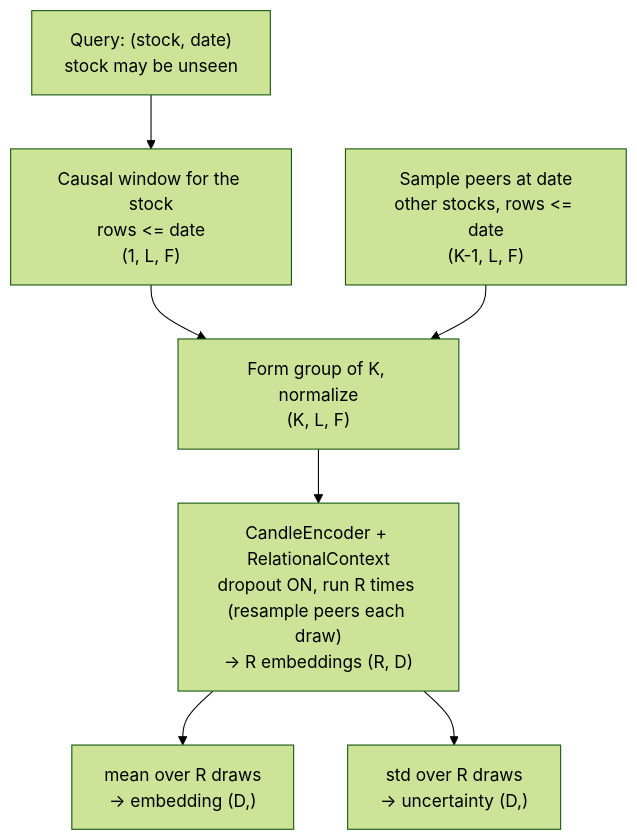
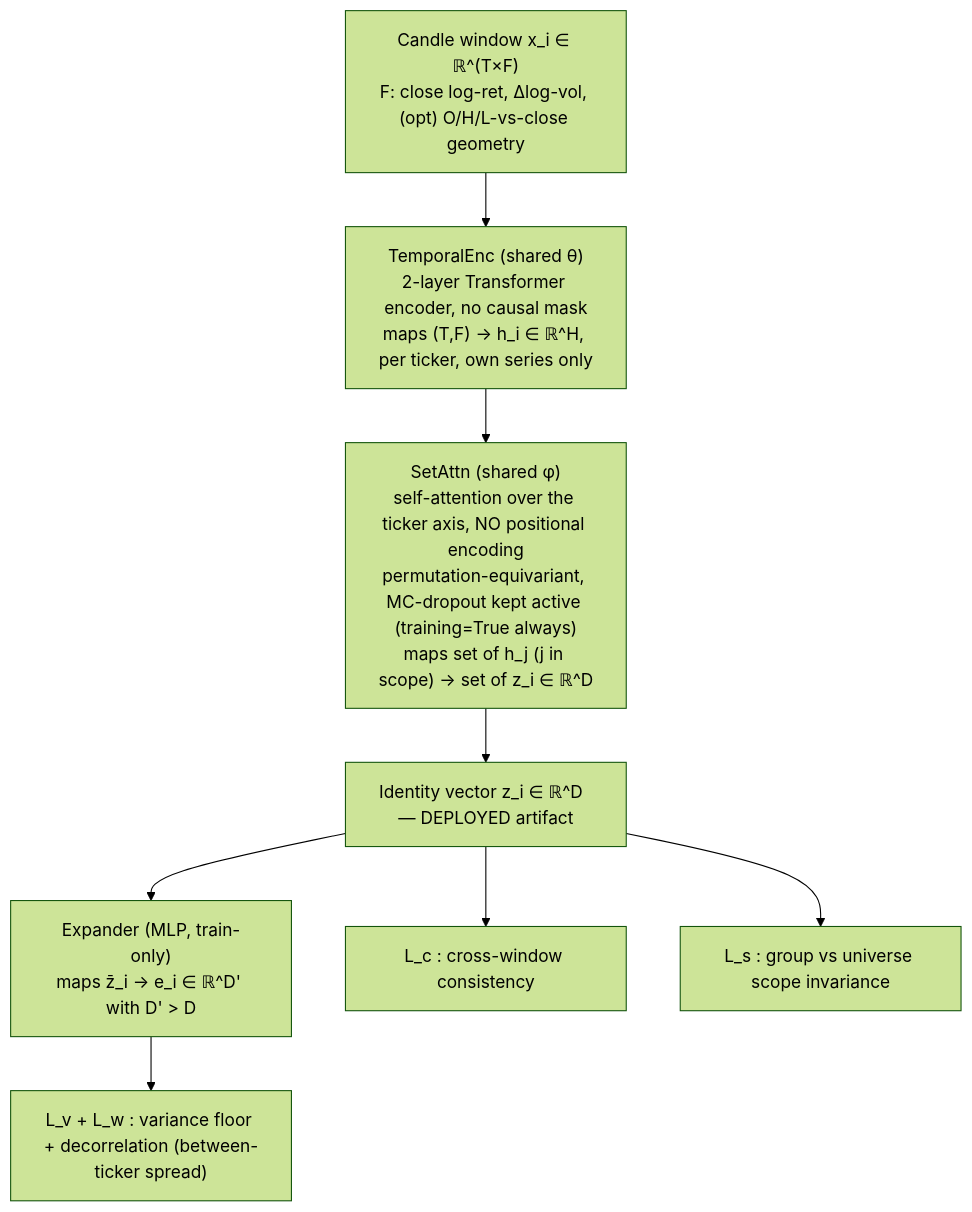
Before and after one commit to hpnyaggerman/stonks: the first of 2 diagrams in stock_identity.md, drawn with Mermaid (forest theme). The commit also changed other lines of this file, not shown here.

Commit message:
Update stock identity doc

````diff
--- a/stock_identity.md
+++ b/stock_identity.md
@@ -128,11 +66,15 @@
 ```mermaid
 flowchart TD
-    IN["Query: (stock, date)<br/>stock may be unseen"]
-    IN --> W["Causal window for the stock<br/>rows <= date<br/>(1, L, F)"]
-    PEERS["Sample peers at date<br/>other stocks, rows <= date<br/>(K-1, L, F)"]
-    W --> STK["Form group of K, normalize<br/>(K, L, F)"]
-    PEERS --> STK
-    STK --> FWD["CandleEncoder + RelationalContext<br/>dropout ON, run R times (resample peers each draw)<br/>-> R embeddings (R, D)"]
-    FWD --> MEAN["mean over R draws<br/>-> embedding (D,)"]
-    FWD --> STD["std over R draws<br/>-> uncertainty (D,)"]
+  X["Candle window x_i ∈ ℝ^(T×F)<br/>F: close log-ret, Δlog-vol, (opt) O/H/L-vs-close geometry"]
+  TE["TemporalEnc (shared θ)<br/>2-layer Transformer encoder, no causal mask<br/>maps (T,F) → h_i ∈ ℝ^H, per ticker, own series only"]
+  SA["SetAttn (shared φ)<br/>self-attention over the ticker axis, NO positional encoding<br/>permutation-equivariant, MC-dropout kept active (training=True always)<br/>maps set of h_j (j in scope) → set of z_i ∈ ℝ^D"]
+  Z["Identity vector z_i ∈ ℝ^D  — DEPLOYED artifact"]
+  EX["Expander (MLP, train-only)<br/>maps z̄_i → e_i ∈ ℝ^D' with D' > D"]
+  LV["L_v + L_w : variance floor + decorrelation (between-ticker spread)"]
+  LC["L_c : cross-window consistency"]
+  LS["L_s : group vs universe scope invariance"]
+  X --> TE --> SA --> Z
+  Z --> EX --> LV
+  Z --> LC
+  Z --> LS
 ```
````
